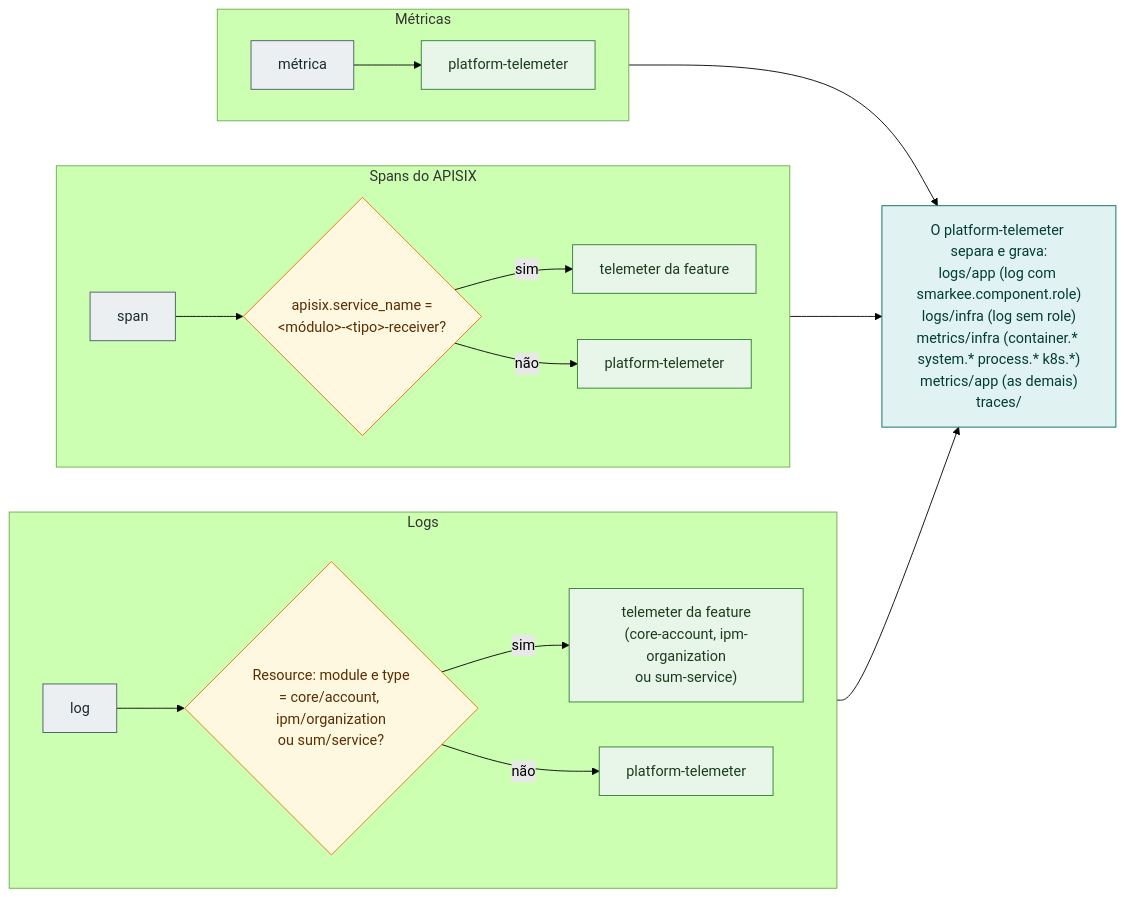
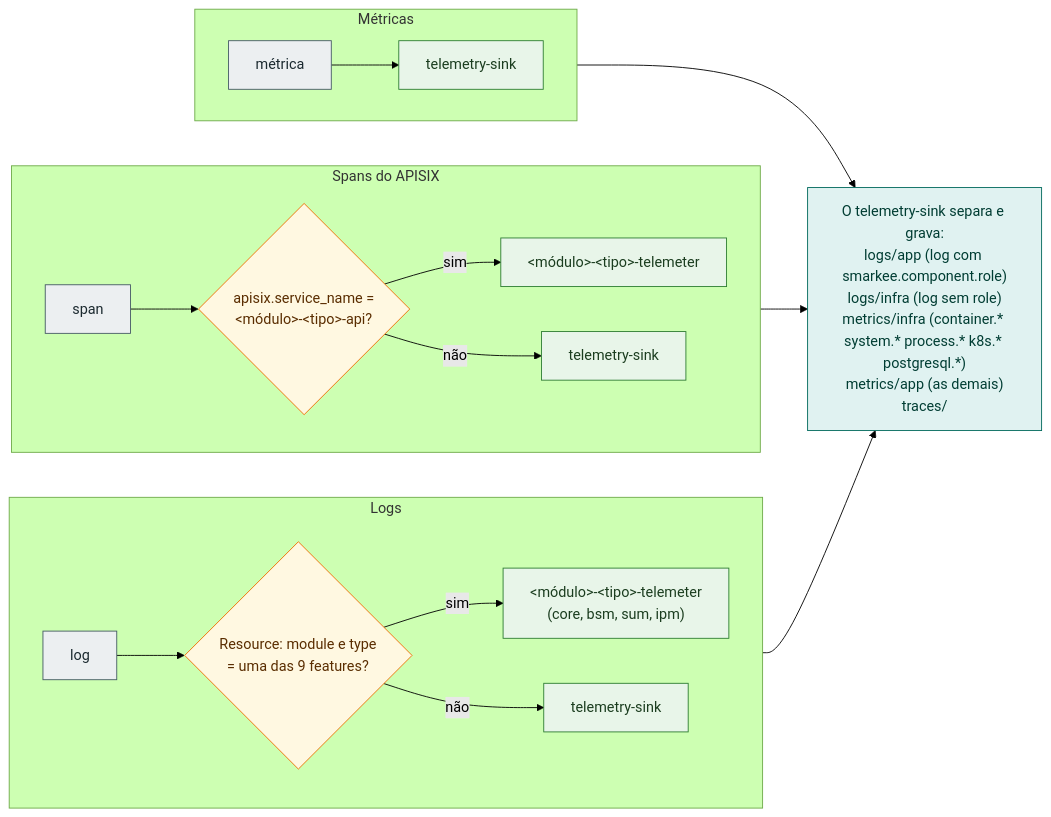
The diagram in docs/diagrams/observability-routing.mmd (danielsabatini/smarkee), drawn with Mermaid (forest theme) before and after one commit. The commit also changed 86 other files, not shown here.

First line of the commit message:
feat(infra): provisionar cluster Kubernetes com kind, operadores, GitOps e utilitários

```diff
--- a/docs/diagrams/observability-routing.mmd
+++ b/docs/diagrams/observability-routing.mmd
@@ -1,29 +1,29 @@
 flowchart LR
     classDef dec fill:#fff8e1,stroke:#ef6c00,color:#5a2d00
     classDef dst fill:#e8f5e9,stroke:#2e7d32,color:#1b3d1f
     classDef sig fill:#eceff1,stroke:#455a64,color:#1c2a30
     classDef note fill:#e0f2f1,stroke:#00695c,color:#003d33
 
     subgraph LOGS["Logs"]
         direction LR
-        L0["log"]:::sig --> L1{"Resource: module e type<br/>= core/account, ipm/organization<br/>ou sum/service?"}:::dec
-        L1 -- "sim" --> LC["telemeter da feature<br/>(core-account, ipm-organization<br/>ou sum-service)"]:::dst
-        L1 -- "não" --> LP["platform-telemeter"]:::dst
+        L0["log"]:::sig --> L1{"Resource: module e type<br/>= uma das 9 features?"}:::dec
+        L1 -- "sim" --> LC["&lt;módulo&gt;-&lt;tipo&gt;-telemeter<br/>(core, bsm, sum, ipm)"]:::dst
+        L1 -- "não" --> LP["telemetry-sink"]:::dst
     end
 
     subgraph SPANS["Spans do APISIX"]
         direction LR
-        S0["span"]:::sig --> S1{"apisix.service_name =<br/>&lt;módulo&gt;-&lt;tipo&gt;-receiver?"}:::dec
-        S1 -- "sim" --> SC["telemeter da feature"]:::dst
-        S1 -- "não" --> SP["platform-telemeter"]:::dst
+        S0["span"]:::sig --> S1{"apisix.service_name =<br/>&lt;módulo&gt;-&lt;tipo&gt;-api?"}:::dec
+        S1 -- "sim" --> SC["&lt;módulo&gt;-&lt;tipo&gt;-telemeter"]:::dst
+        S1 -- "não" --> SP["telemetry-sink"]:::dst
     end
 
     subgraph METRICS["Métricas"]
         direction LR
-        M0["métrica"]:::sig --> MP["platform-telemeter"]:::dst
+        M0["métrica"]:::sig --> MP["telemetry-sink"]:::dst
     end
 
-    NOTE["O platform-telemeter separa e grava:<br/>logs/app (log com smarkee.component.role)<br/>logs/infra (log sem role)<br/>metrics/infra (container.* system.* process.* k8s.*)<br/>metrics/app (as demais)<br/>traces/"]:::note
+    NOTE["O telemetry-sink separa e grava:<br/>logs/app (log com smarkee.component.role)<br/>logs/infra (log sem role)<br/>metrics/infra (container.* system.* process.* k8s.* postgresql.*)<br/>metrics/app (as demais)<br/>traces/"]:::note
     LP --> NOTE
     SP --> NOTE
     MP --> NOTE
```
